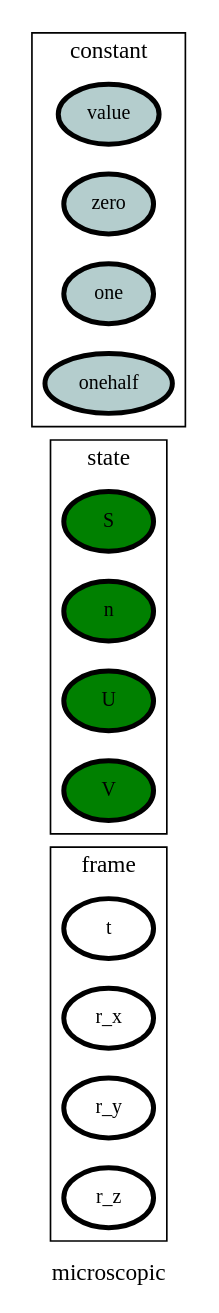
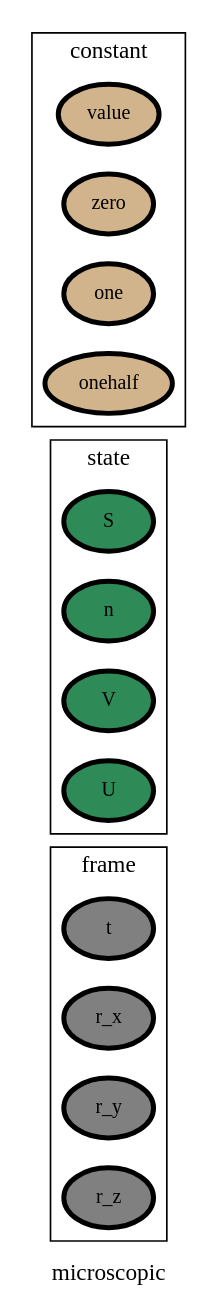
The diagram in ontology_graphs/graph__microscopic.dot (heinz-preisig/processes_distributed_no_interface_eqs), drawn with Graphviz before and after one commit. The commit also changed 47 other files, not shown here.

```diff
--- a/ontology_graphs/graph__microscopic.dot
+++ b/ontology_graphs/graph__microscopic.dot
@@ -1,71 +1,71 @@
 digraph microscopic {
 label=microscopic;
 rankdir=LR;
 subgraph cluster_microscopic___network {
 label=network;
 rankdir=LR;
 }
 
 subgraph cluster_microscopic___differenceOperator {
 label=differenceOperator;
 rankdir=LR;
 }
 
 subgraph cluster_microscopic___frame {
 label=frame;
 rankdir=LR;
-V_5 [fillcolor=white, fontsize=12, label=t, penwidth=3, style=filled];
-V_6 [fillcolor=white, fontsize=12, label=r_x, penwidth=3, style=filled];
-V_7 [fillcolor=white, fontsize=12, label=r_y, penwidth=3, style=filled];
-V_8 [fillcolor=white, fontsize=12, label=r_z, penwidth=3, style=filled];
+V_5 [fillcolor=grey, fontsize=12, label=t, penwidth=3, style=filled];
+V_6 [fillcolor=grey, fontsize=12, label=r_x, penwidth=3, style=filled];
+V_7 [fillcolor=grey, fontsize=12, label=r_y, penwidth=3, style=filled];
+V_8 [fillcolor=grey, fontsize=12, label=r_z, penwidth=3, style=filled];
 }
 
 subgraph cluster_microscopic___state {
 label=state;
 rankdir=LR;
-V_10 [fillcolor=green, fontsize=12, label=S, penwidth=3, style=filled];
-V_11 [fillcolor=green, fontsize=12, label=n, penwidth=3, style=filled];
-V_9 [fillcolor=green, fontsize=12, label=U, penwidth=3, style=filled];
-V_12 [fillcolor=green, fontsize=12, label=V, penwidth=3, style=filled];
+V_10 [fillcolor=seagreen, fontsize=12, label=S, penwidth=3, style=filled];
+V_11 [fillcolor=seagreen, fontsize=12, label=n, penwidth=3, style=filled];
+V_12 [fillcolor=seagreen, fontsize=12, label=V, penwidth=3, style=filled];
+V_9 [fillcolor=seagreen, fontsize=12, label=U, penwidth=3, style=filled];
 }
 
 subgraph cluster_microscopic___constant {
 label=constant;
 rankdir=LR;
-V_1 [fillcolor=lightcyan3, fontsize=12, label=value, penwidth=3, style=filled];
-V_2 [fillcolor=lightcyan3, fontsize=12, label=zero, penwidth=3, style=filled];
-V_3 [fillcolor=lightcyan3, fontsize=12, label=one, penwidth=3, style=filled];
-V_4 [fillcolor=lightcyan3, fontsize=12, label=onehalf, penwidth=3, style=filled];
+V_1 [fillcolor=tan, fontsize=12, label=value, penwidth=3, style=filled];
+V_2 [fillcolor=tan, fontsize=12, label=zero, penwidth=3, style=filled];
+V_3 [fillcolor=tan, fontsize=12, label=one, penwidth=3, style=filled];
+V_4 [fillcolor=tan, fontsize=12, label=onehalf, penwidth=3, style=filled];
 }
 
 subgraph cluster_microscopic___effort {
 label=effort;
 rankdir=LR;
 }
 
 subgraph cluster_microscopic___secondaryState {
 label=secondaryState;
 rankdir=LR;
 }
 
 subgraph cluster_microscopic___diffState {
 label=diffState;
 rankdir=LR;
 }
 
 subgraph cluster_microscopic___conversion {
 label=conversion;
 rankdir=LR;
 }
 
 subgraph cluster_microscopic___controlInput {
 label=controlInput;
 rankdir=LR;
 }
 
 subgraph cluster_microscopic___observation {
 label=observation;
 rankdir=LR;
 }
 
 }
```
